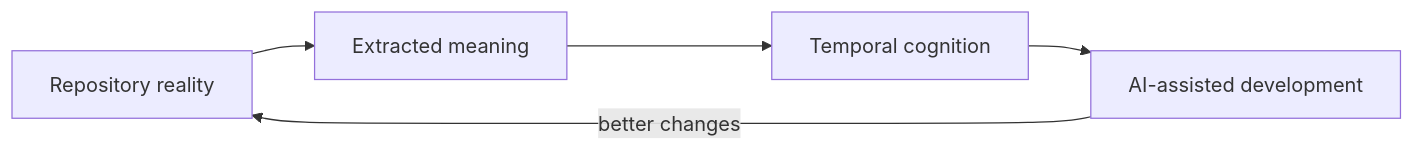
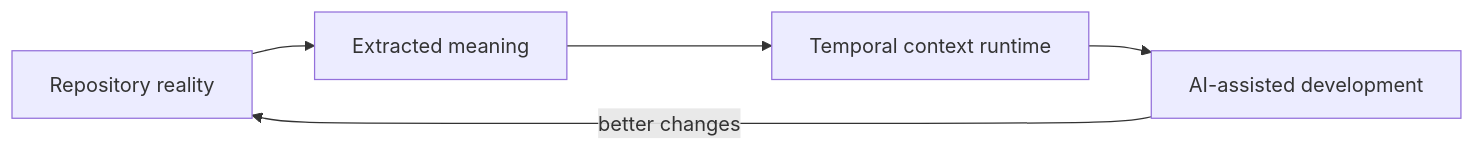
Before and after one commit to saahilpal/synapse: the diagram in VISION.md, drawn with Mermaid. The commit also changed other lines of this file and 7 other files, not shown here.

Commit message:
refactor(architecture): converge terminology around temporal context substrate

````diff
--- a/VISION.md
+++ b/VISION.md
@@ -36,12 +36,12 @@
 ```mermaid
 flowchart LR
     Repo[Repository reality]
     Meaning[Extracted meaning]
-    Time[Temporal cognition]
+    Time[Temporal context runtime]
     Agents[AI-assisted development]
 
     Repo --> Meaning
     Meaning --> Time
     Time --> Agents
     Agents -->|better changes| Repo
 ```
````
